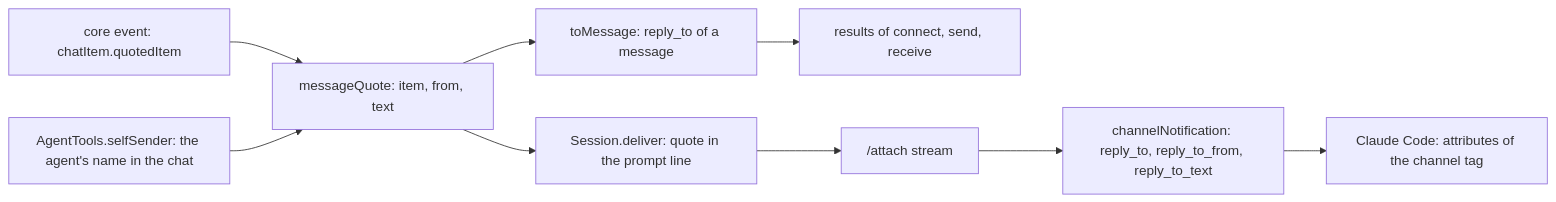
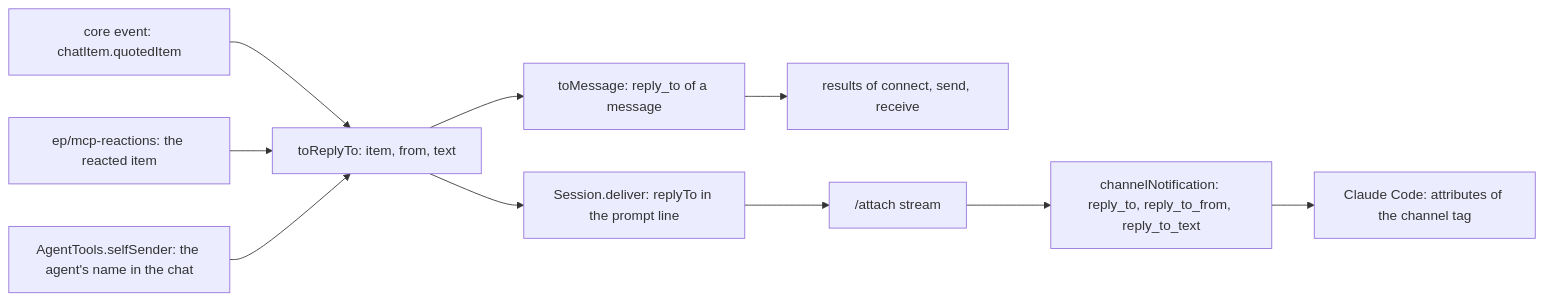
The second of 2 diagrams in plans/2026-11-12-mcp-replies.md (simplex-chat/simplex-chat), drawn with Mermaid before and after one commit. The commit also changed other lines of this file, not shown here.

Commit message:
plan: mcp-replies, one vocabulary with reactions

````diff
--- a/plans/2026-11-12-mcp-replies.md
+++ b/plans/2026-11-12-mcp-replies.md
@@ -222,11 +227,12 @@
 ```mermaid
 flowchart LR
-  Q[core event: chatItem.quotedItem] --> M[messageQuote: item, from, text]
+  Q[core event: chatItem.quotedItem] --> M[toReplyTo: item, from, text]
+  E[ep/mcp-reactions: the reacted item] --> M
   N[AgentTools.selfSender: the agent's name in the chat] --> M
   M --> T[toMessage: reply_to of a message]
   T --> R[results of connect, send, receive]
-  M --> L[Session.deliver: quote in the prompt line]
+  M --> L[Session.deliver: replyTo in the prompt line]
   L --> A["/attach stream"]
   A --> S[channelNotification: reply_to, reply_to_from, reply_to_text]
   S --> C[Claude Code: attributes of the channel tag]
 ```
````
